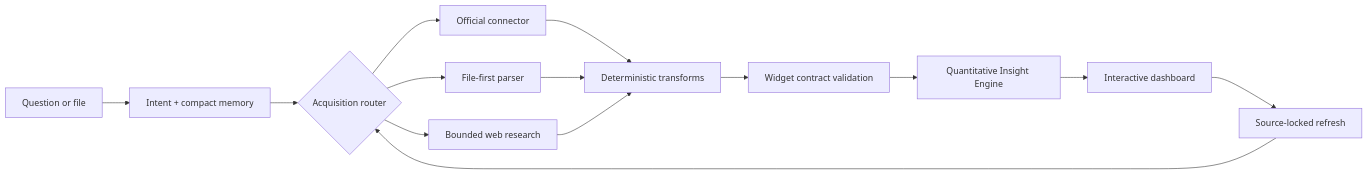
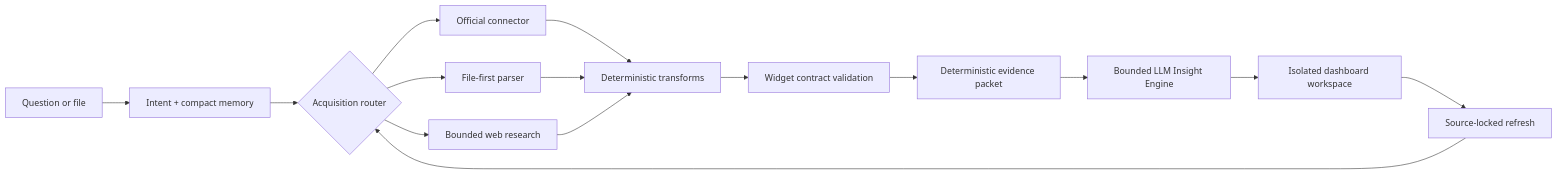
One commit to weifanwu/polaris changed the diagram in README.md. Above: the diagram before and after it, drawn with Mermaid. The commit also changed other lines of this file and 14 other files, not shown here.

Commit message:
Add LLM insights and multi-dashboard workspaces

````diff
--- a/README.md
+++ b/README.md
@@ -73,16 +74,17 @@
 ```mermaid
 flowchart LR
   Q["Question or file"] --> I["Intent + compact memory"]
   I --> R{"Acquisition router"}
   R --> C["Official connector"]
   R --> F["File-first parser"]
   R --> W["Bounded web research"]
   C --> T["Deterministic transforms"]
   F --> T
   W --> T
   T --> V["Widget contract validation"]
-  V --> A["Quantitative Insight Engine"]
-  A --> D["Interactive dashboard"]
+  V --> E["Deterministic evidence packet"]
+  E --> A["Bounded LLM Insight Engine"]
+  A --> D["Isolated dashboard workspace"]
   D --> X["Source-locked refresh"]
   X --> R
 ```
````
